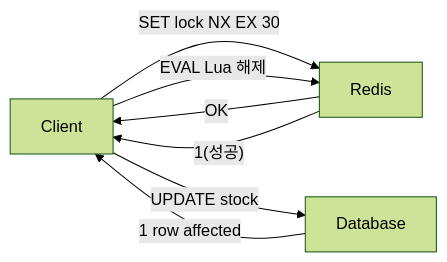
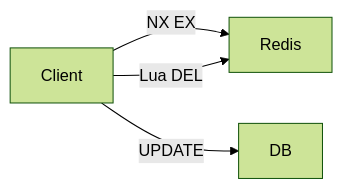
Before and after one commit to yjkim2015/yjkim2015.github.io: the second of 15 diagrams in _posts/redis/2026-05-01-redis-distributed-lock.md, drawn with Mermaid (forest theme). The commit also changed other lines of this file, not shown here.

First line of the commit message:
Redis 분산락: Mermaid 15개 블록 전부 축소 (3~4노드)

````diff
--- a/_posts/redis/2026-05-01-redis-distributed-lock.md
+++ b/_posts/redis/2026-05-01-redis-distributed-lock.md
@@ -61,9 +61,6 @@
 ```mermaid
 graph LR
-    C["Client"] -->|"SET lock NX EX 30"| R["Redis"]
-    R -->|"OK"| C
-    C -->|"UPDATE stock"| DB["Database"]
-    DB -->|"1 row affected"| C
-    C -->|"EVAL Lua 해제"| R
-    R -->|"1(성공)"| C
+    C["Client"] -->|NX EX| R["Redis"]
+    C -->|UPDATE| DB["DB"]
+    C -->|Lua DEL| R
 ```
````
